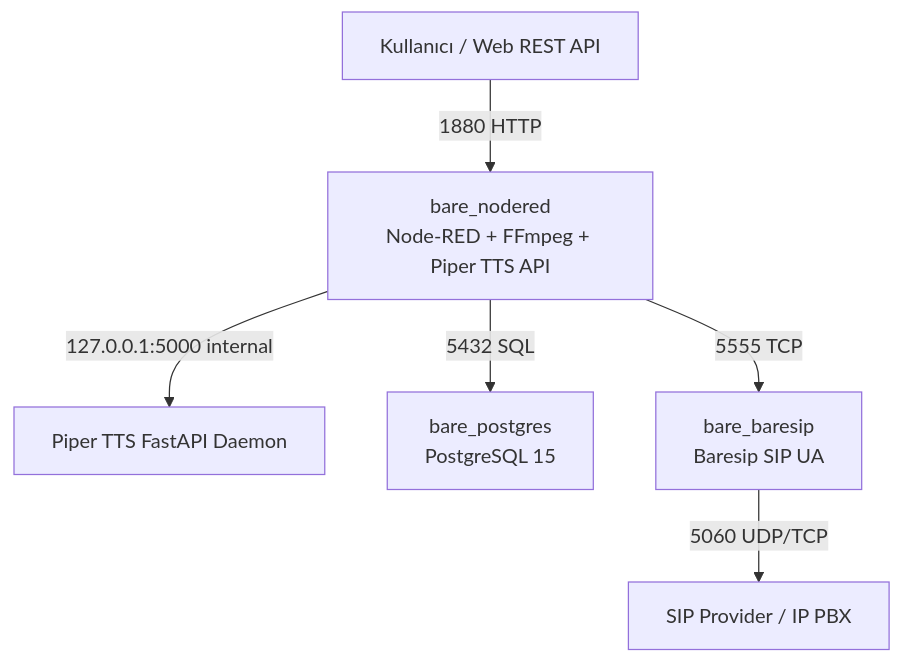
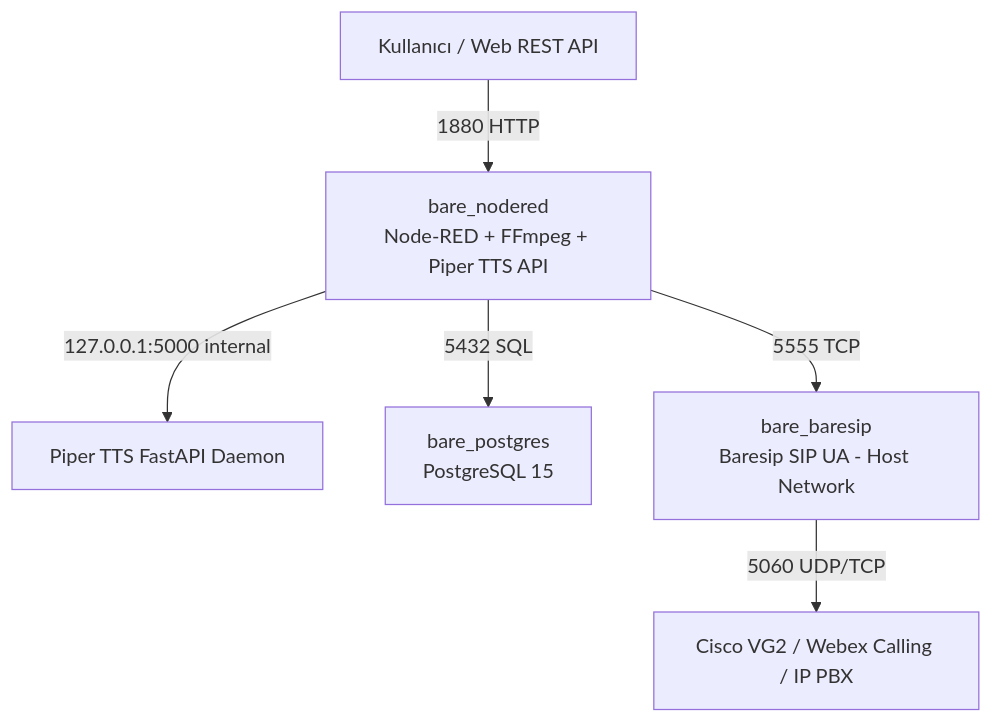
The diagram in docs/project_architecture_and_learnings.md (ilkermansur/Node_Red_BareSIP_Stack), drawn with Mermaid before and after one commit. The commit also changed other lines of this file, not shown here.

Commit message:
docs: add Baresip host network mode, Exec node fix, and audio_source aufile learnings to architecture doc

````diff
--- a/docs/project_architecture_and_learnings.md
+++ b/docs/project_architecture_and_learnings.md
@@ -30,8 +30,8 @@
 ```mermaid
 graph TD
     Client[Kullanıcı / Web REST API] -->|1880 HTTP| NodeRED[bare_nodered<br/>Node-RED + FFmpeg + Piper TTS API]
     NodeRED -->|127.0.0.1:5000 internal| Piper[Piper TTS FastAPI Daemon]
     NodeRED -->|5432 SQL| Postgres[bare_postgres<br/>PostgreSQL 15]
-    NodeRED -->|5555 TCP| Baresip[bare_baresip<br/>Baresip SIP UA]
-    Baresip -->|5060 UDP/TCP| Trunk[SIP Provider / IP PBX]
+    NodeRED -->|5555 TCP| Baresip[bare_baresip<br/>Baresip SIP UA - Host Network]
+    Baresip -->|5060 UDP/TCP| Trunk[Cisco VG2 / Webex Calling / IP PBX]
 ```
````
